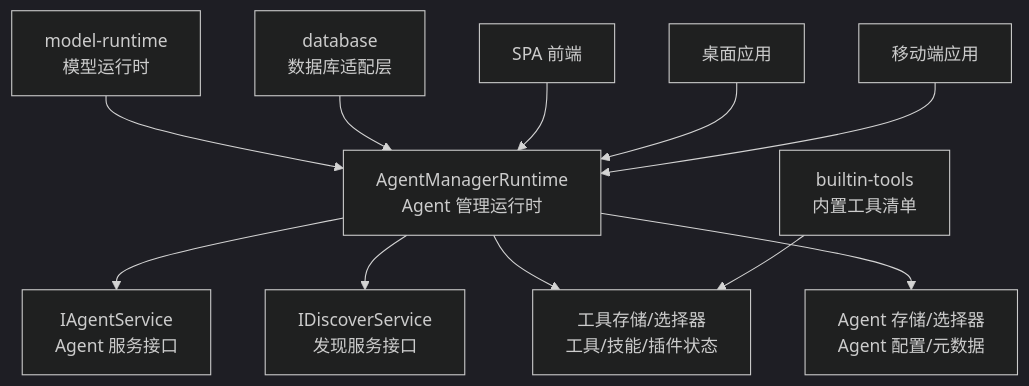
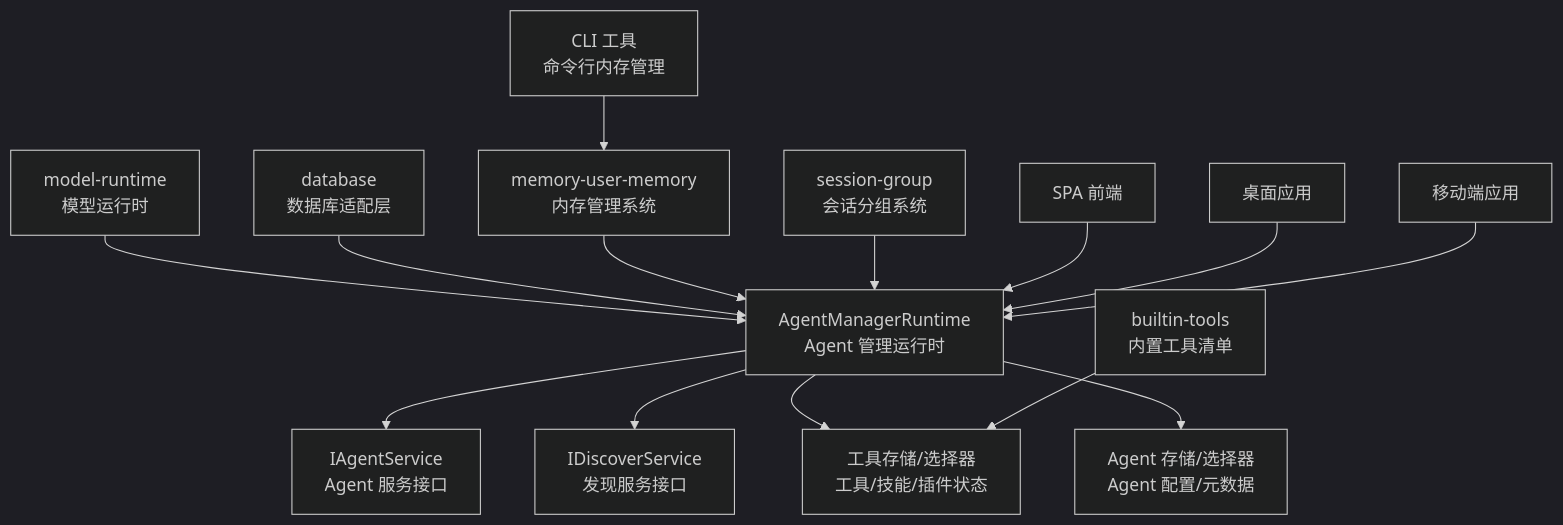
One commit to AvatoLabs/avato changed the second of 8 diagrams in .qoder/repowiki/zh/content/核心功能模块/核心功能模块.md. Above: the diagram before and after it, drawn with Mermaid (dark theme). The commit also changed other lines of this file and 23 other files, not shown here.

````diff
--- a/.qoder/repowiki/zh/content/核心功能模块/核心功能模块.md
+++ b/.qoder/repowiki/zh/content/核心功能模块/核心功能模块.md
@@ -116,13 +166,16 @@
 ```mermaid
 graph TB
 AMR["AgentManagerRuntime<br/>Agent 管理运行时"] --> AS["IAgentService<br/>Agent 服务接口"]
 AMR --> DS["IDiscoverService<br/>发现服务接口"]
 AMR --> TS["工具存储/选择器<br/>工具/技能/插件状态"]
 AMR --> GS["Agent 存储/选择器<br/>Agent 配置/元数据"]
 BT["builtin-tools<br/>内置工具清单"] --> TS
 MR["model-runtime<br/>模型运行时"] --> AMR
 DB["database<br/>数据库适配层"] --> AMR
+MEM["memory-user-memory<br/>内存管理系统"] --> AMR
+SG["session-group<br/>会话分组系统"] --> AMR
+CLI["CLI 工具<br/>命令行内存管理"] --> MEM
 SPA["SPA 前端"] --> AMR
 DESK["桌面应用"] --> AMR
 MOBILE["移动端应用"] --> AMR
 ```
````
